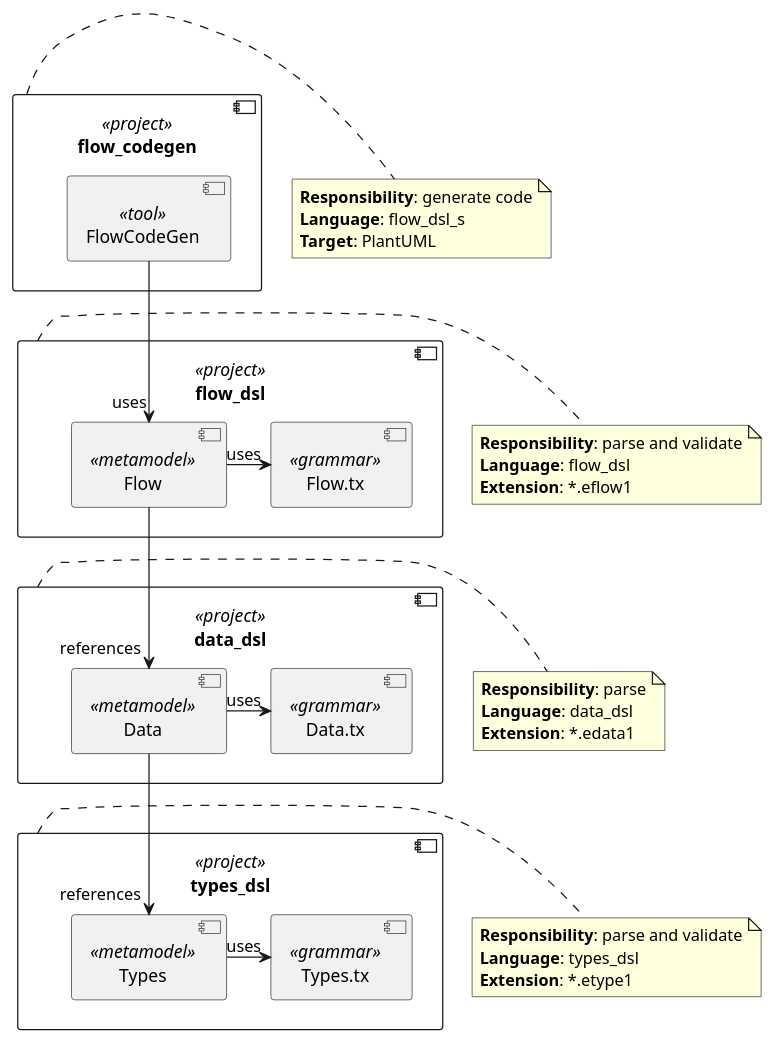
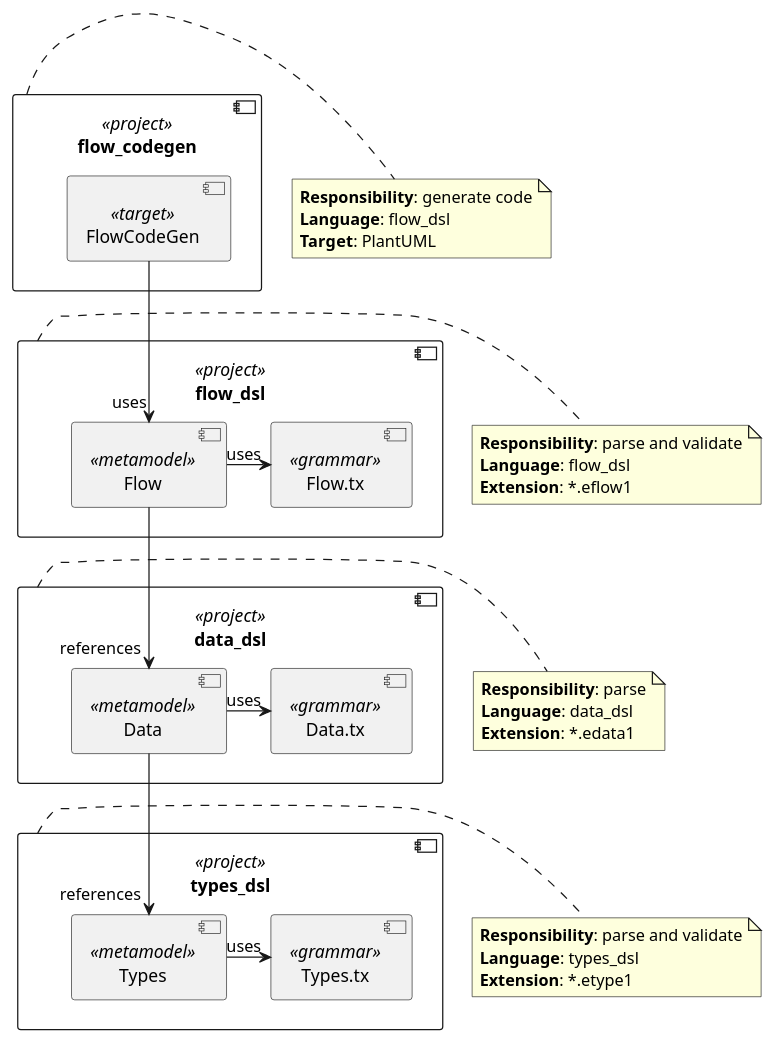
The diagram in images/types_data_flow_01.pu (textX/textx-multi-metamodel-example), drawn with PlantUML before and after one commit. The commit also changed 3 other files, not shown here.

```diff
--- a/images/types_data_flow_01.pu
+++ b/images/types_data_flow_01.pu
@@ -1,56 +1,56 @@
 @startuml
 
 component types_dsl <<project>> {
 	component Types <<metamodel>> as Types
 	component Types.tx <<grammar>> as TypesG
 }
 note as TypesNote
 **Responsibility**: parse and validate
 **Language**: types_dsl
 **Extension**: *.etype1
 end note
 
 component data_dsl <<project>> {
 	component Data <<metamodel>> as Data
 	component Data.tx <<grammar>> as DataG
 }
 note as DataNote
 **Responsibility**: parse
 **Language**: data_dsl
 **Extension**: *.edata1
 end note
 
 component flow_dsl <<project>> {
 	component Flow <<metamodel>> as Flow
 	component Flow.tx <<grammar>> as FlowG
 }
 note as FlowNote
 **Responsibility**: parse and validate
 **Language**: flow_dsl
 **Extension**: *.eflow1
 end note
 
 component flow_codegen <<project>> {
-	component FlowCodeGen <<tool>> as FlowCodeGen
+	component FlowCodeGen <<target>> as FlowCodeGen
 }
 note as FlowCodeGenNote
 **Responsibility**: generate code
-**Language**: flow_dsl_s
+**Language**: flow_dsl
 **Target**: PlantUML
 end note
 
 
 types_dsl . TypesNote
 data_dsl . DataNote
 flow_dsl . FlowNote
 flow_codegen . FlowCodeGenNote
 
 Data --> "references" Types
 Flow --> "references" Data
 
 Types -> "uses" TypesG
 Data -> "uses" DataG
 Flow -> "uses" FlowG
 FlowCodeGen --> "uses" Flow
 
 @enduml
```
